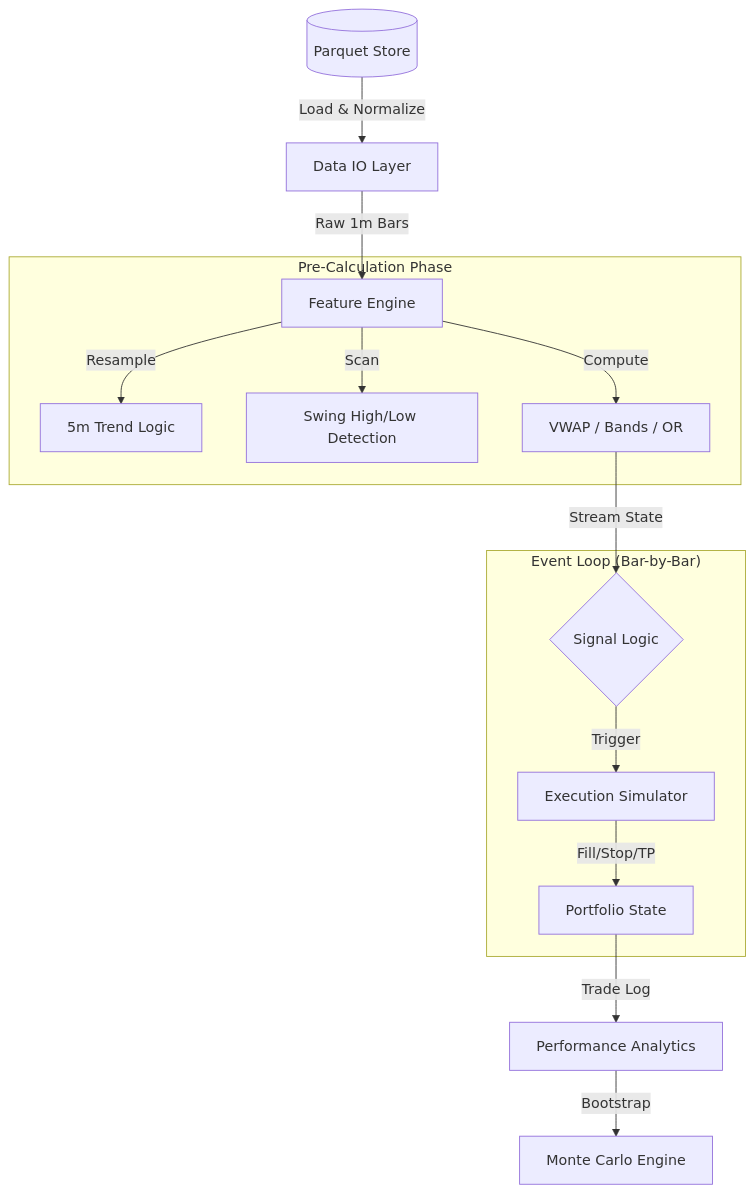
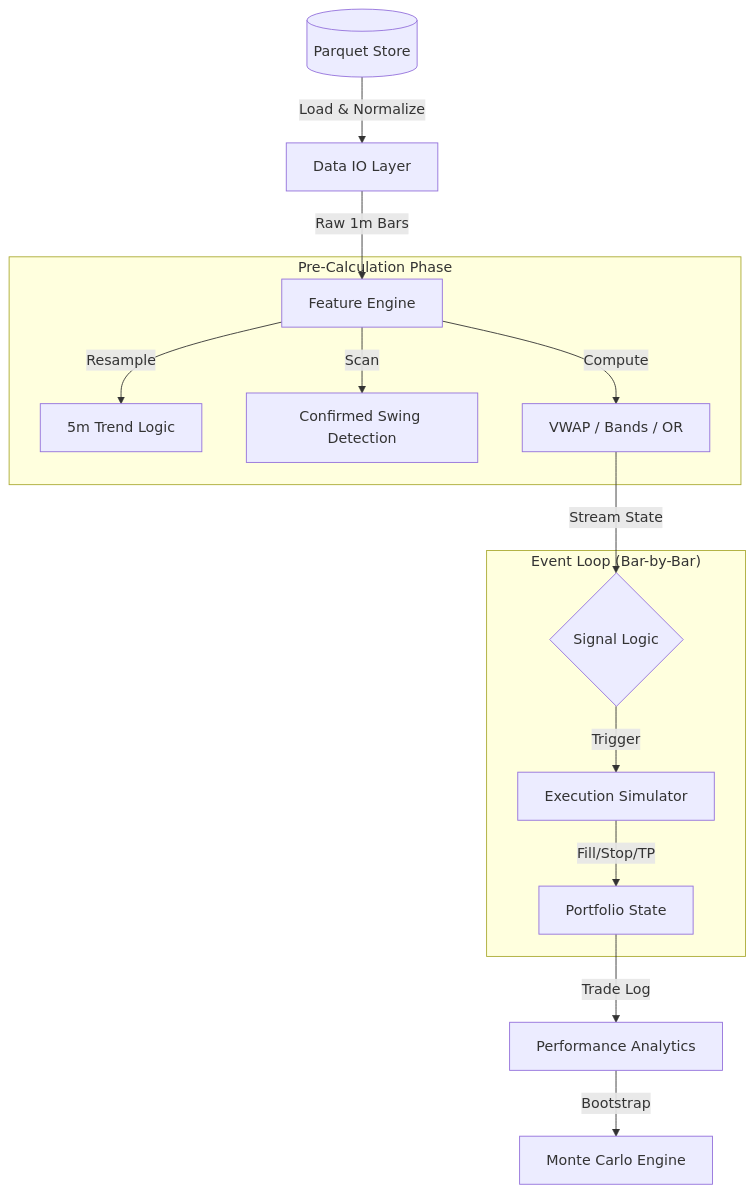
Before and after one commit to sukesan7/meridian: the diagram in docs/system/ARCHITECTURE.md, drawn with Mermaid. The commit also changed other lines of this file and 25 other files, not shown here.

````diff
--- a/docs/system/ARCHITECTURE.md
+++ b/docs/system/ARCHITECTURE.md
@@ -6,20 +6,20 @@
 ```mermaid
 graph TD
     Data[(Parquet Store)] -->|Load & Normalize| IO[Data IO Layer]
     IO -->|Raw 1m Bars| Feat[Feature Engine]
 
     subgraph "Pre-Calculation Phase"
         Feat -->|Resample| T5[5m Trend Logic]
-        Feat -->|Scan| Swing[Swing High/Low Detection]
+        Feat -->|Scan| Swing[Confirmed Swing Detection]
         Feat -->|Compute| Ind[VWAP / Bands / OR]
     end
 
     subgraph "Event Loop (Bar-by-Bar)"
         Ind -->|Stream State| Sig{Signal Logic}
         Sig -->|Trigger| Exec[Execution Simulator]
         Exec -->|Fill/Stop/TP| Port[Portfolio State]
     end
 
     Port -->|Trade Log| Perf[Performance Analytics]
     Perf -->|Bootstrap| MC[Monte Carlo Engine]
 ```
````
